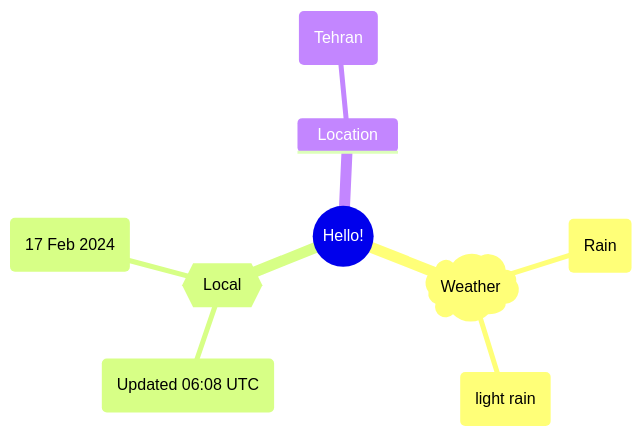
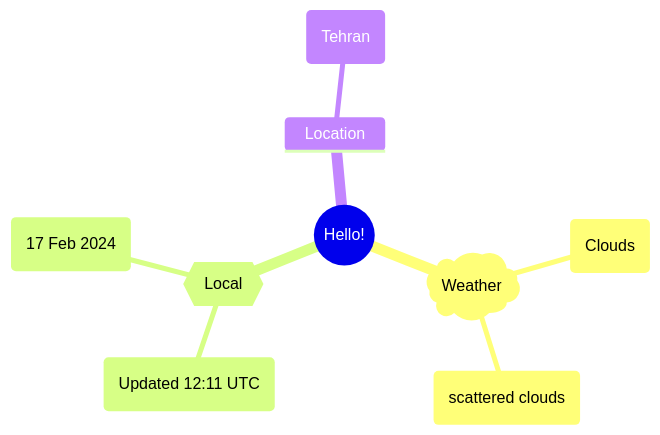
The first of 2 diagrams in README.md (Xosrov/Xosrov), drawn with Mermaid before and after one commit.

Commit message:
[bot] updated images

````diff
--- a/README.md
+++ b/README.md
@@ -3,12 +3,12 @@
 ```mermaid
 mindmap
   root((Hello!))
     )Weather(
-        (Rain)
-        (light rain)
+        (Clouds)
+        (scattered clouds)
     {{Local}}
-        (Updated 06:08 UTC)
+        (Updated 12:11 UTC)
         (17 Feb 2024)
     Location
         (Tehran)
 ```
````
